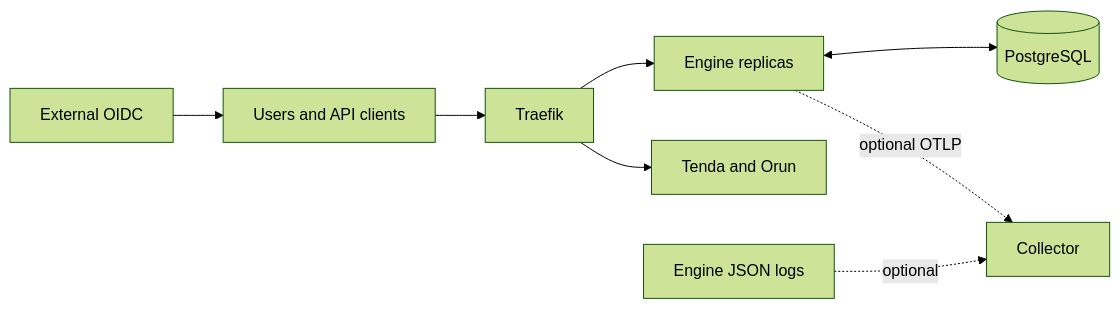
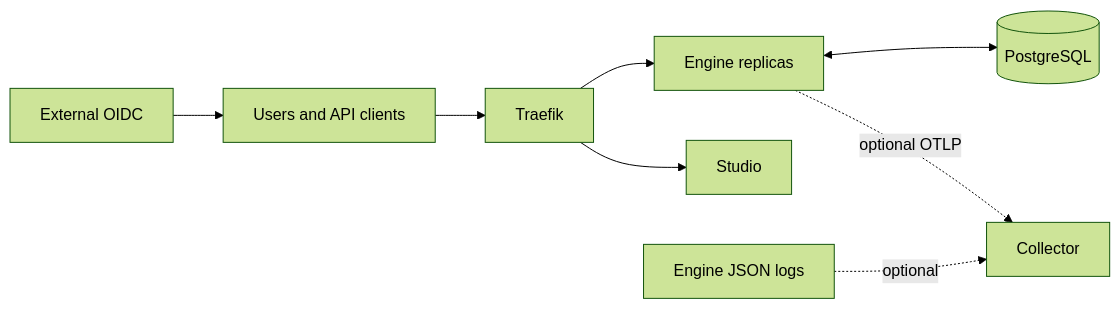
One commit to bashizip/abada-platform changed the diagram in docs/architecture/overview.md. Above: the diagram before and after it, drawn with Mermaid (forest theme). The commit also changed other lines of this file and 48 other files, not shown here.

First line of the commit message:
feat(platform): consolidate UI to Studio-only, remove Tenda/Orun from all deployment paths

````diff
--- a/docs/architecture/overview.md
+++ b/docs/architecture/overview.md
@@ -9,10 +9,10 @@
 ```mermaid
 flowchart LR
   U[Users and API clients] --> T[Traefik]
   T --> E[Engine replicas]
-  T --> UI[Tenda and Orun]
+  T --> UI[Studio]
   I[External OIDC] --> U
   E <--> P[(PostgreSQL)]
   E -. optional OTLP .-> O[Collector]
   L[Engine JSON logs] -. optional .-> O
 ```
````
